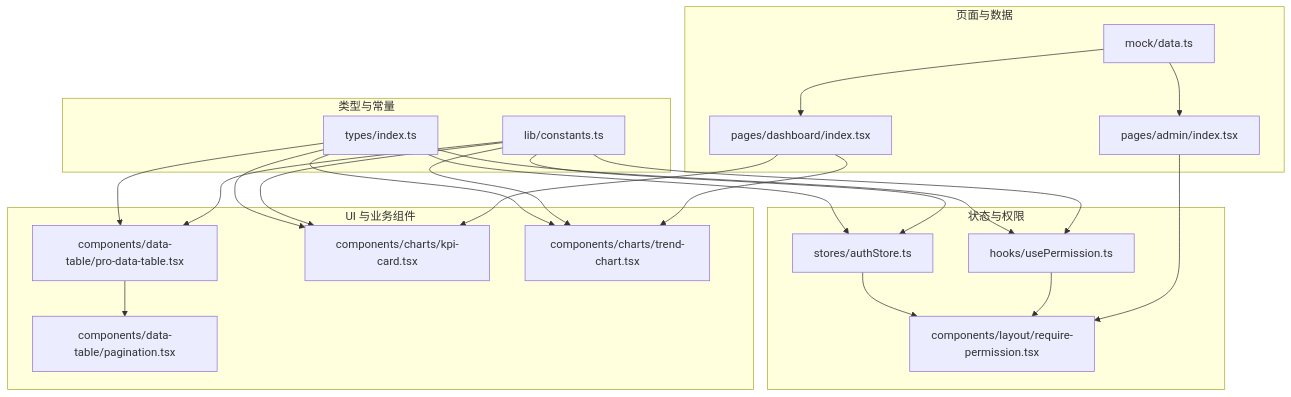
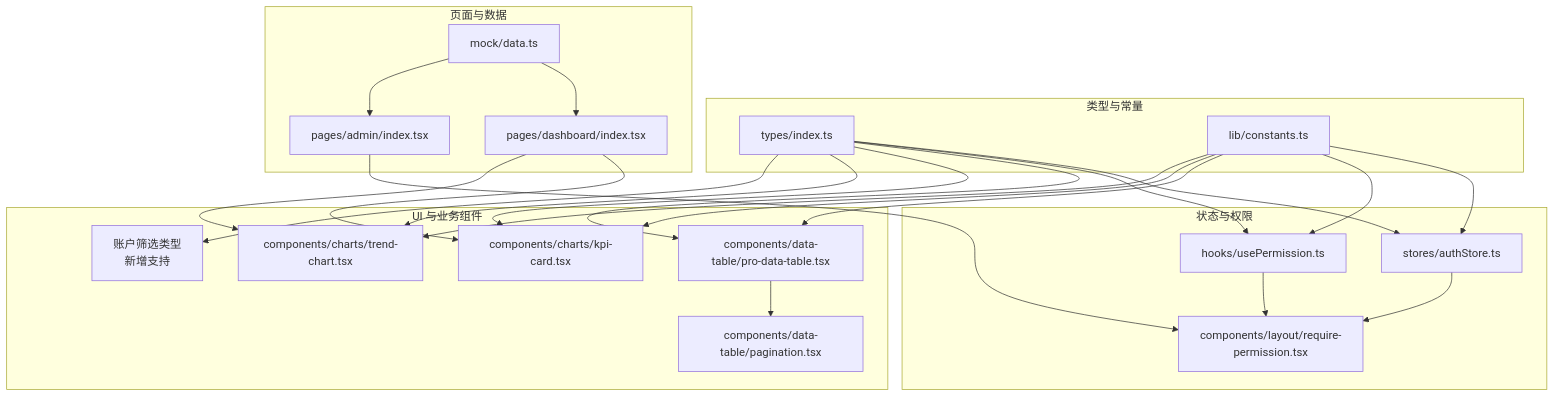
One commit to Damao997/newproject changed the first of 8 diagrams in .qoder/repowiki/zh/content/核心模块/类型定义系统.md. Above: the diagram before and after it, drawn with Mermaid. The commit also changed other lines of this file and 7 other files, not shown here.

````diff
--- a/.qoder/repowiki/zh/content/核心模块/类型定义系统.md
+++ b/.qoder/repowiki/zh/content/核心模块/类型定义系统.md
@@ -45,41 +51,43 @@
 ```mermaid
 graph TB
 subgraph "类型与常量"
 T["types/index.ts"]
 C["lib/constants.ts"]
 end
 subgraph "状态与权限"
 S["stores/authStore.ts"]
 H["hooks/usePermission.ts"]
 RP["components/layout/require-permission.tsx"]
 end
 subgraph "UI 与业务组件"
 PDT["components/data-table/pro-data-table.tsx"]
 PAG["components/data-table/pagination.tsx"]
 KPI["components/charts/kpi-card.tsx"]
 TREND["components/charts/trend-chart.tsx"]
+AF["账户筛选类型<br/>新增支持"]
 end
 subgraph "页面与数据"
 DASH["pages/dashboard/index.tsx"]
 ADMIN["pages/admin/index.tsx"]
 MOCK["mock/data.ts"]
 end
 T --> S
 T --> H
 T --> PDT
 T --> KPI
 T --> TREND
+T --> AF
 C --> S
 C --> H
 C --> PDT
 C --> KPI
 C --> TREND
 S --> RP
 H --> RP
 PDT --> PAG
 DASH --> KPI
 DASH --> TREND
 ADMIN --> RP
 MOCK --> DASH
 MOCK --> ADMIN
 ```
````
